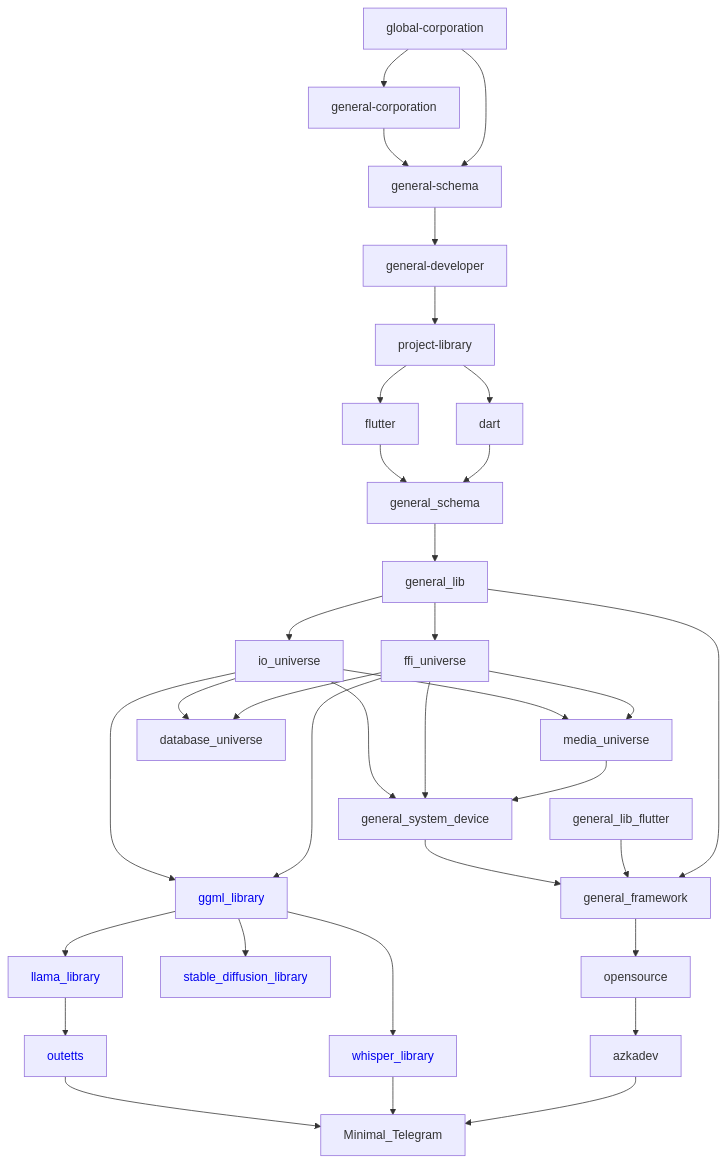
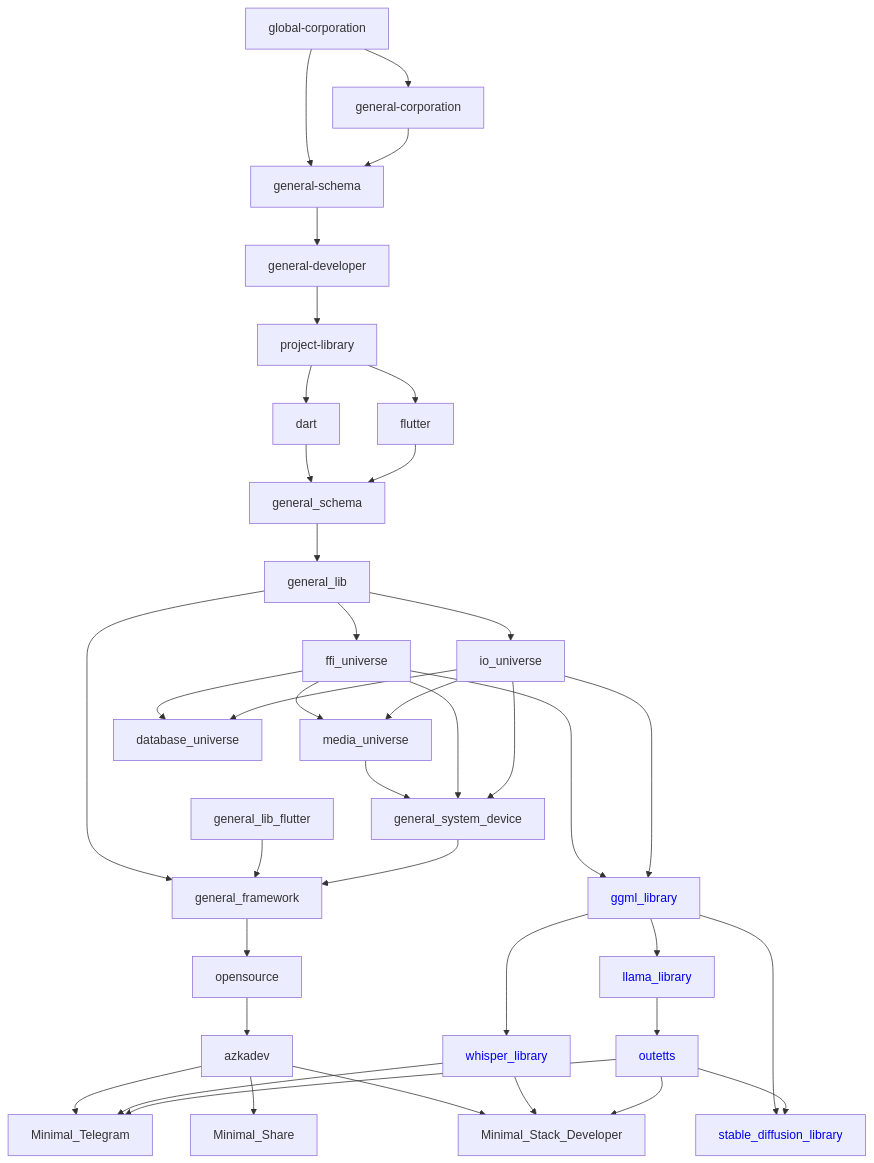
One commit to General-Developer/.github changed the diagram in profile/README.md. Above: the diagram before and after it, drawn with Mermaid.

````diff
--- a/profile/README.md
+++ b/profile/README.md
@@ -4,60 +4,69 @@
 ```mermaid
 graph TD;
 global-corporation --> general-schema
 global-corporation --> general-corporation --> general-schema
 general-schema --> general-developer 
 general-developer --> project-library
 project-library --> dart
 project-library --> flutter
 dart --> general_schema
 flutter --> general_schema
 general_schema --> general_lib 
 general_lib --> ffi_universe
 general_lib --> io_universe
 general_lib --> general_framework
 general_lib_flutter --> general_framework
 general_system_device --> general_framework
 
 media_universe --> general_system_device
 
 ffi_universe --> database_universe
 io_universe --> database_universe
 
 ffi_universe --> media_universe
 io_universe --> media_universe
 
 ffi_universe --> general_system_device
 io_universe --> general_system_device
 
 
 ffi_universe --> ggml_library
 io_universe --> ggml_library
 
 
 ggml_library --> llama_library
 ggml_library --> whisper_library
 ggml_library --> stable_diffusion_library
 
 llama_library --> outetts
 
 general_framework --> opensource
 
 opensource --> azkadev
 
 azkadev --> Minimal_Telegram
 
 whisper_library --> Minimal_Telegram
 outetts --> Minimal_Telegram
 
+azkadev --> Minimal_Share
+
+azkadev --> Minimal_Stack_Developer
+
+whisper_library --> Minimal_Stack_Developer
+outetts --> Minimal_Stack_Developer
+outetts --> stable_diffusion_library
+
+
 ggml_library[<a href="https://github.com/General-Developer/ggml_library" style="text-decoration:none;">ggml_library</a>];
 
 llama_library[<a href="https://github.com/General-Developer/llama_library" style="text-decoration:none;">llama_library</a>];
 
 outetts[<a href="https://github.com/General-Developer/outetts" style="text-decoration:none;">outetts</a>];
 
 whisper_library[<a href="https://github.com/General-Developer/whisper_library" style="text-decoration:none;">whisper_library</a>];
 
 stable_diffusion_library[<a href="https://github.com/General-Developer/stable_diffusion_library" style="text-decoration:none;">stable_diffusion_library</a>];
 
 
 ```
````
